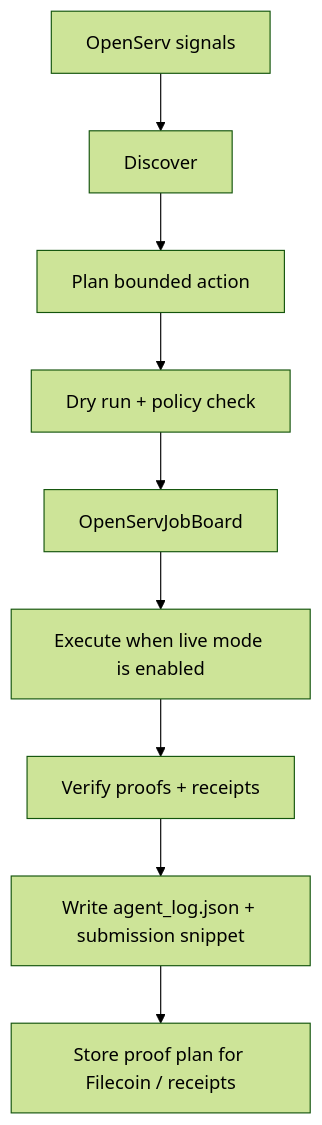
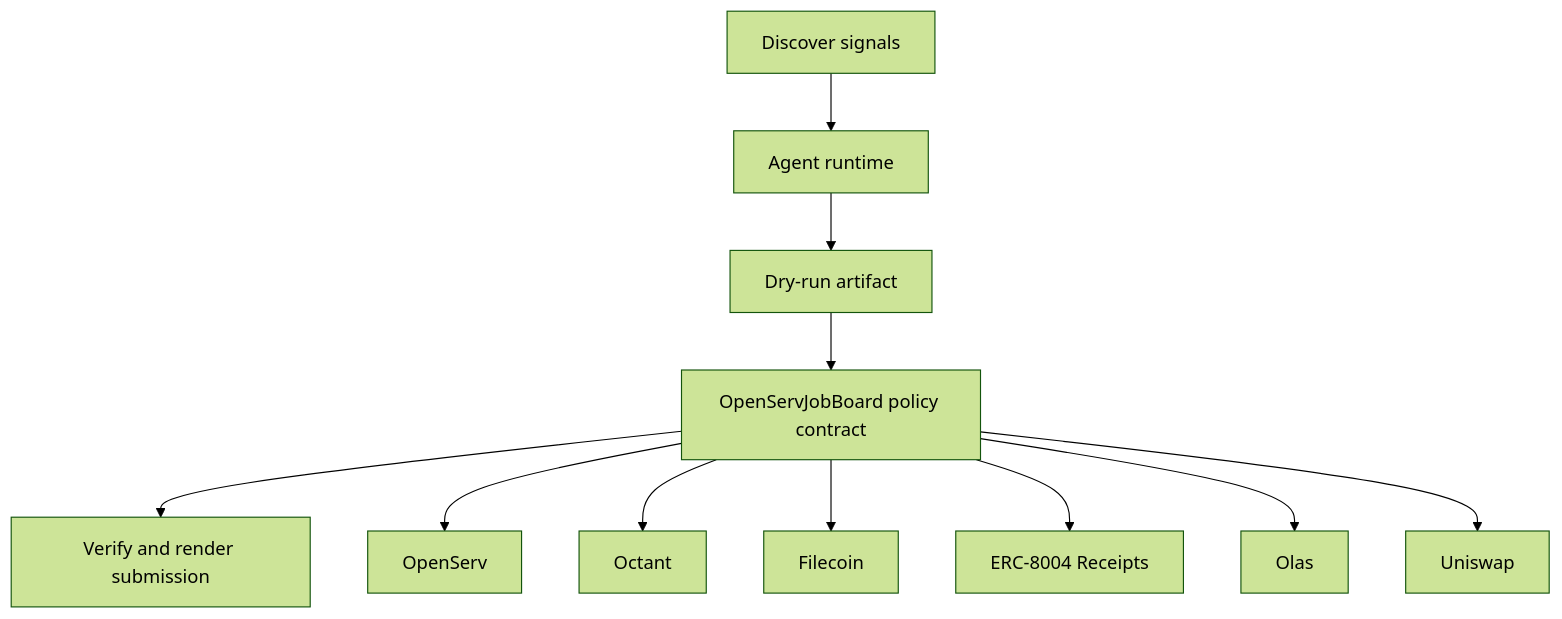
Before and after one commit to CrystallineButterfly/Synthesis-OpenServ: the diagram in README.md, drawn with Mermaid (forest theme). The commit also changed other lines of this file and 998 other files, not shown here.

Commit message:
Implement bounded agent runtime

````diff
--- a/README.md
+++ b/README.md
@@ -30,11 +26,15 @@
-        ```mermaid
-        flowchart TD
-    Signals[OpenServ signals] --> Discover[Discover]
-    Discover --> Plan[Plan bounded action]
-    Plan --> DryRun[Dry run + policy check]
-    DryRun --> Guard[OpenServJobBoard]
-    Guard --> Execute[Execute when live mode is enabled]
-    Execute --> Verify[Verify proofs + receipts]
-    Verify --> Persist[Write agent_log.json + submission snippet]
-    Persist --> Storage[Store proof plan for Filecoin / receipts]
-        ```
+```mermaid
+flowchart TD
+    Signals[Discover signals]
+    Planner[Agent runtime]
+    DryRun[Dry-run artifact]
+    Contract[OpenServJobBoard policy contract]
+    Verify[Verify and render submission]
+    Signals --> Planner --> DryRun --> Contract --> Verify
+    Contract --> openserv[OpenServ]
+    Contract --> octant[Octant]
+    Contract --> filecoin[Filecoin]
+    Contract --> erc_8004_receipts[ERC-8004 Receipts]
+    Contract --> olas[Olas]
+    Contract --> uniswap[Uniswap]
+```
````
